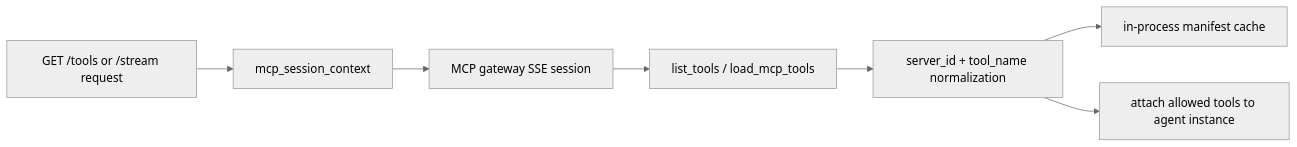
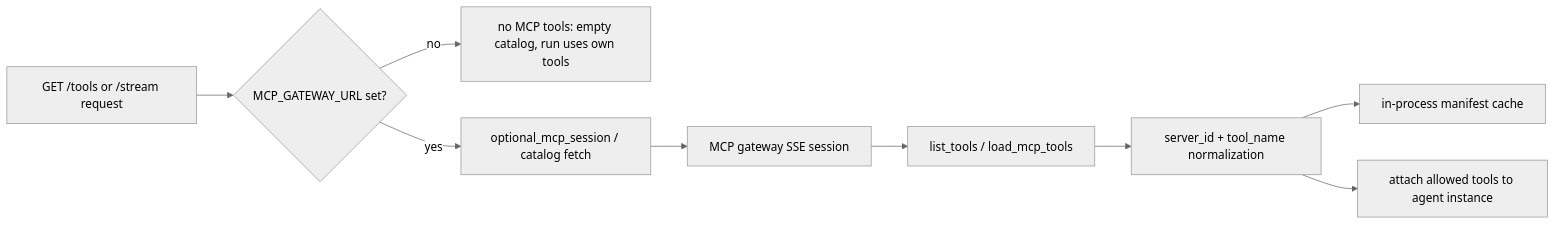
Before and after one commit to konstantinosmpouros/mAgenticX: the ninth of 9 diagrams in magenticx/agents/README.md, drawn with Mermaid (neutral theme). The commit also changed other lines of this file and 31 other files, not shown here.

````diff
--- a/magenticx/agents/README.md
+++ b/magenticx/agents/README.md
@@ -375,9 +378,11 @@
 ```mermaid
 flowchart LR
-    A[GET /tools or /stream request] --> B[mcp_session_context]
+    A[GET /tools or /stream request] --> Z{MCP_GATEWAY_URL set?}
+    Z -->|no| X[no MCP tools: empty catalog, run uses own tools]
+    Z -->|yes| B[optional_mcp_session / catalog fetch]
     B --> C[MCP gateway SSE session]
     C --> D[list_tools / load_mcp_tools]
     D --> E[server_id + tool_name normalization]
     E --> F[in-process manifest cache]
     E --> G[attach allowed tools to agent instance]
 ```
````
